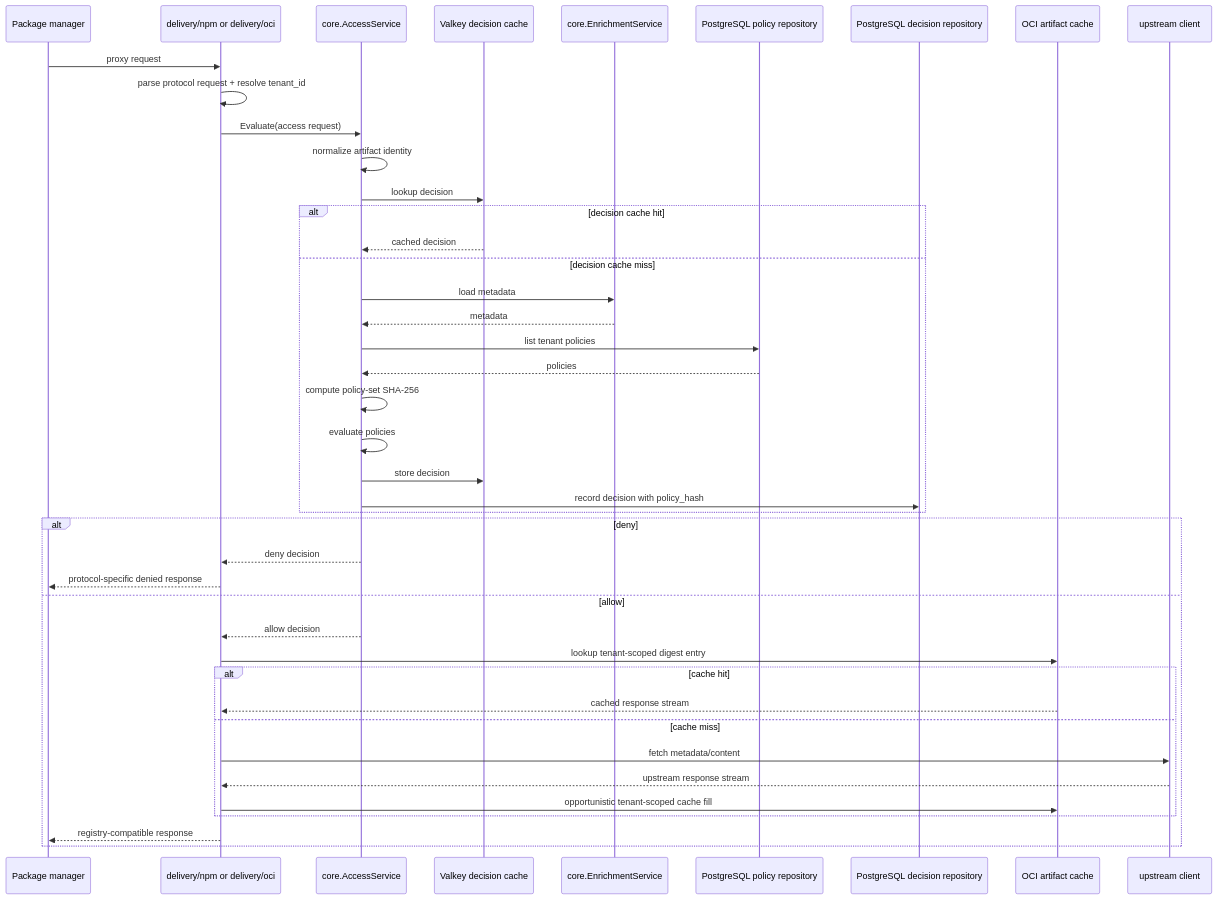
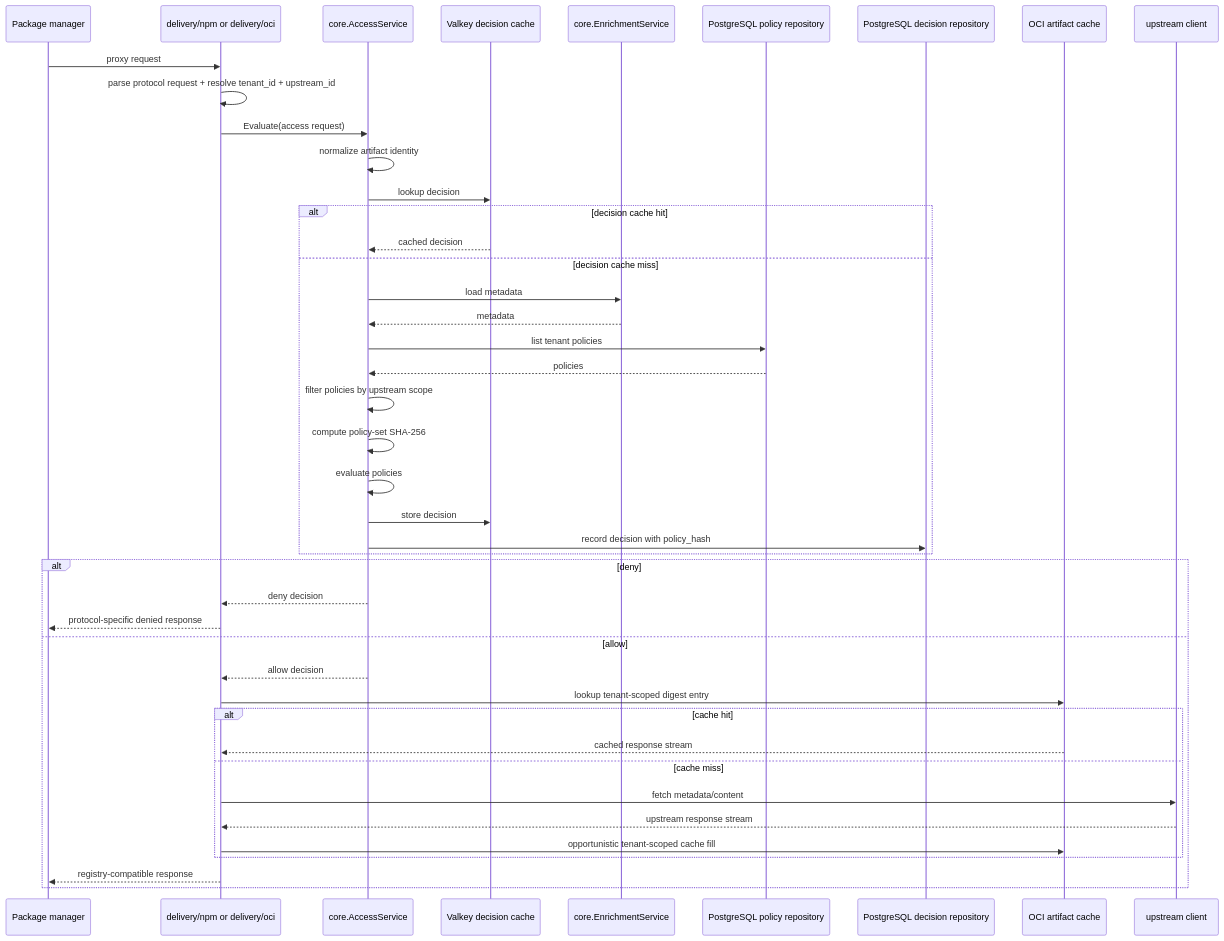
The third of 4 diagrams in docs/architecture.md (terrpan/dependency-firewall), drawn with Mermaid before and after one commit. The commit also changed other lines of this file and 126 other files, not shown here.

````diff
--- a/docs/architecture.md
+++ b/docs/architecture.md
@@ -178,47 +183,48 @@
 ```mermaid
 sequenceDiagram
     participant client as Package manager
     participant delivery as delivery/npm or delivery/oci
     participant access as core.AccessService
     participant dcache as Valkey decision cache
     participant enrich as core.EnrichmentService
     participant policyrepo as PostgreSQL policy repository
     participant decisionrepo as PostgreSQL decision repository
     participant ocicache as OCI artifact cache
     participant upstream as upstream client
 
     client->>delivery: proxy request
-    delivery->>delivery: parse protocol request + resolve tenant_id
+    delivery->>delivery: parse protocol request + resolve tenant_id + upstream_id
     delivery->>access: Evaluate(access request)
     access->>access: normalize artifact identity
     access->>dcache: lookup decision
 
     alt decision cache hit
         dcache-->>access: cached decision
     else decision cache miss
         access->>enrich: load metadata
         enrich-->>access: metadata
         access->>policyrepo: list tenant policies
         policyrepo-->>access: policies
+        access->>access: filter policies by upstream scope
         access->>access: compute policy-set SHA-256
         access->>access: evaluate policies
         access->>dcache: store decision
         access->>decisionrepo: record decision with policy_hash
     end
 
     alt deny
         access-->>delivery: deny decision
         delivery-->>client: protocol-specific denied response
     else allow
         access-->>delivery: allow decision
         delivery->>ocicache: lookup tenant-scoped digest entry
         alt cache hit
             ocicache-->>delivery: cached response stream
         else cache miss
             delivery->>upstream: fetch metadata/content
             upstream-->>delivery: upstream response stream
             delivery->>ocicache: opportunistic tenant-scoped cache fill
         end
         delivery-->>client: registry-compatible response
     end
 ```
````
